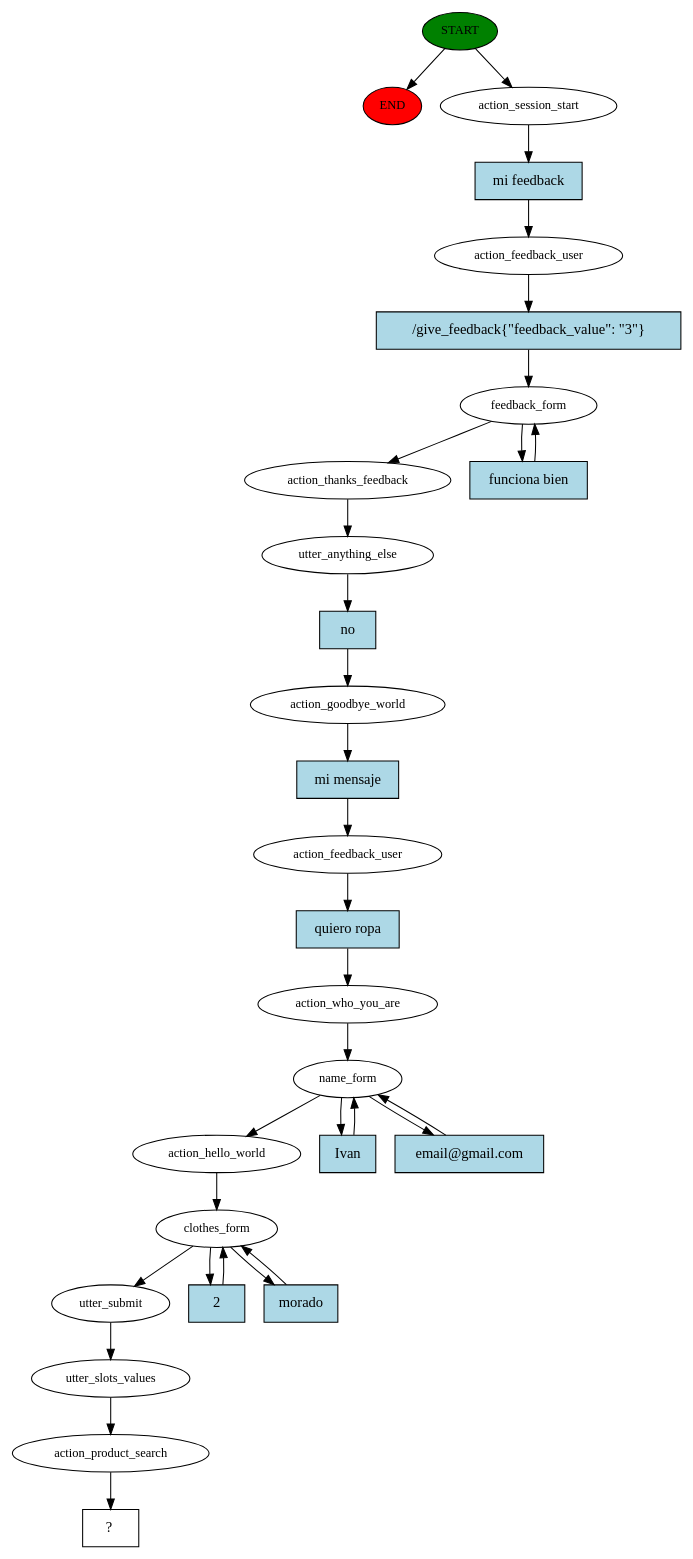
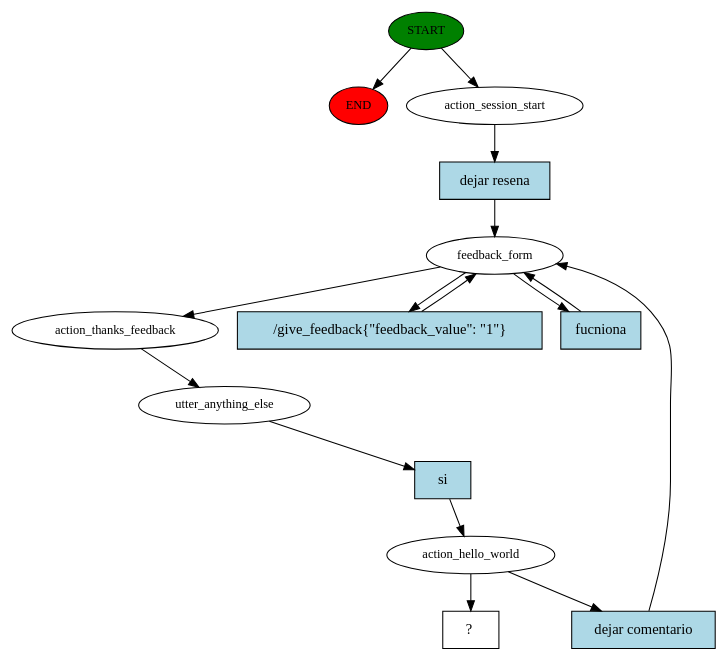
The diagram in story_graph.dot (kabirivan/Ecommerce-Assistant-Jasmine), drawn with Graphviz before and after one commit. The commit also changed 2 other files, not shown here.

Commit message:
add new action introducing

```diff
--- a/story_graph.dot
+++ b/story_graph.dot
@@ -1,60 +1,30 @@
 digraph  {
 0 [class="start active", fillcolor=green, fontsize=12, label=START, style=filled];
 "-1" [class=end, fillcolor=red, fontsize=12, label=END, style=filled];
 1 [class=active, fontsize=12, label=action_session_start];
-2 [class=active, fontsize=12, label=action_feedback_user];
-3 [class=active, fontsize=12, label=feedback_form];
+2 [class=active, fontsize=12, label=feedback_form];
 5 [class=active, fontsize=12, label=action_thanks_feedback];
 6 [class=active, fontsize=12, label=utter_anything_else];
-7 [class=active, fontsize=12, label=action_goodbye_world];
-8 [class=active, fontsize=12, label=action_feedback_user];
-9 [class=active, fontsize=12, label=action_who_you_are];
-10 [class=active, fontsize=12, label=name_form];
-13 [class=active, fontsize=12, label=action_hello_world];
-14 [class=active, fontsize=12, label=clothes_form];
-19 [class=active, fontsize=12, label=utter_submit];
-20 [class=active, fontsize=12, label=utter_slots_values];
-21 [class=active, fontsize=12, label=action_product_search];
-22 [class="intent dashed active", label="  ?  ", shape=rect];
-23 [class="intent active", fillcolor=lightblue, label="mi feedback", shape=rect, style=filled];
-24 [class="intent active", fillcolor=lightblue, label="/give_feedback{\"feedback_value\": \"3\"}", shape=rect, style=filled];
-25 [class="intent active", fillcolor=lightblue, label="funciona bien", shape=rect, style=filled];
-26 [class="intent active", fillcolor=lightblue, label=no, shape=rect, style=filled];
-27 [class="intent active", fillcolor=lightblue, label="mi mensaje", shape=rect, style=filled];
-28 [class="intent active", fillcolor=lightblue, label="quiero ropa", shape=rect, style=filled];
-29 [class="intent active", fillcolor=lightblue, label=Ivan, shape=rect, style=filled];
-30 [class="intent active", fillcolor=lightblue, label="email@gmail.com", shape=rect, style=filled];
-31 [class="intent active", fillcolor=lightblue, label=2, shape=rect, style=filled];
-32 [class="intent active", fillcolor=lightblue, label=morado, shape=rect, style=filled];
+7 [class=active, fontsize=12, label=action_hello_world];
+12 [class="intent dashed active", label="  ?  ", shape=rect];
+13 [class="intent active", fillcolor=lightblue, label="dejar resena", shape=rect, style=filled];
+14 [class="intent active", fillcolor=lightblue, label="/give_feedback{\"feedback_value\": \"1\"}", shape=rect, style=filled];
+15 [class="intent active", fillcolor=lightblue, label=fucniona, shape=rect, style=filled];
+16 [class="intent active", fillcolor=lightblue, label=si, shape=rect, style=filled];
+17 [class="intent active", fillcolor=lightblue, label="dejar comentario", shape=rect, style=filled];
 0 -> "-1"  [class="", key=NONE, label=""];
 0 -> 1  [class=active, key=NONE, label=""];
-1 -> 23  [class=active, key=0];
-2 -> 24  [class=active, key=0];
-3 -> 5  [class=active, key=NONE, label=""];
-3 -> 25  [class=active, key=0];
+1 -> 13  [class=active, key=0];
+2 -> 5  [class=active, key=NONE, label=""];
+2 -> 14  [class=active, key=0];
+2 -> 15  [class=active, key=0];
 5 -> 6  [class=active, key=NONE, label=""];
-6 -> 26  [class=active, key=0];
-7 -> 27  [class=active, key=0];
-8 -> 28  [class=active, key=0];
-9 -> 10  [class=active, key=NONE, label=""];
-10 -> 13  [class=active, key=NONE, label=""];
-10 -> 29  [class=active, key=0];
-10 -> 30  [class=active, key=0];
-13 -> 14  [class=active, key=NONE, label=""];
-14 -> 19  [class=active, key=NONE, label=""];
-14 -> 31  [class=active, key=0];
-14 -> 32  [class=active, key=0];
-19 -> 20  [class=active, key=NONE, label=""];
-20 -> 21  [class=active, key=NONE, label=""];
-21 -> 22  [class=active, key=NONE, label=""];
-23 -> 2  [class=active, key=0];
-24 -> 3  [class=active, key=0];
-25 -> 3  [class=active, key=0];
-26 -> 7  [class=active, key=0];
-27 -> 8  [class=active, key=0];
-28 -> 9  [class=active, key=0];
-29 -> 10  [class=active, key=0];
-30 -> 10  [class=active, key=0];
-31 -> 14  [class=active, key=0];
-32 -> 14  [class=active, key=0];
+6 -> 16  [class=active, key=0];
+7 -> 12  [class=active, key=NONE, label=""];
+7 -> 17  [class=active, key=0];
+13 -> 2  [class=active, key=0];
+14 -> 2  [class=active, key=0];
+15 -> 2  [class=active, key=0];
+16 -> 7  [class=active, key=0];
+17 -> 2  [class=active, key=0];
 }
```
